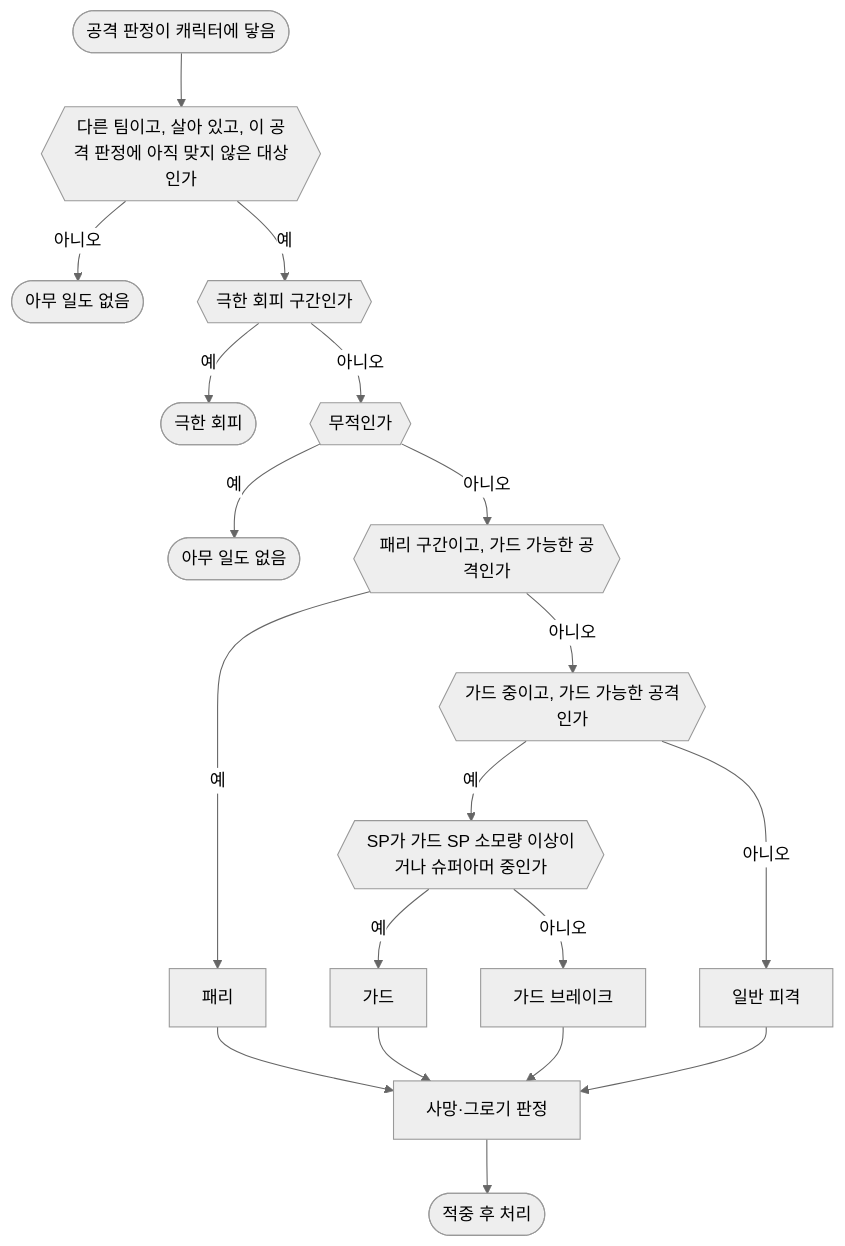
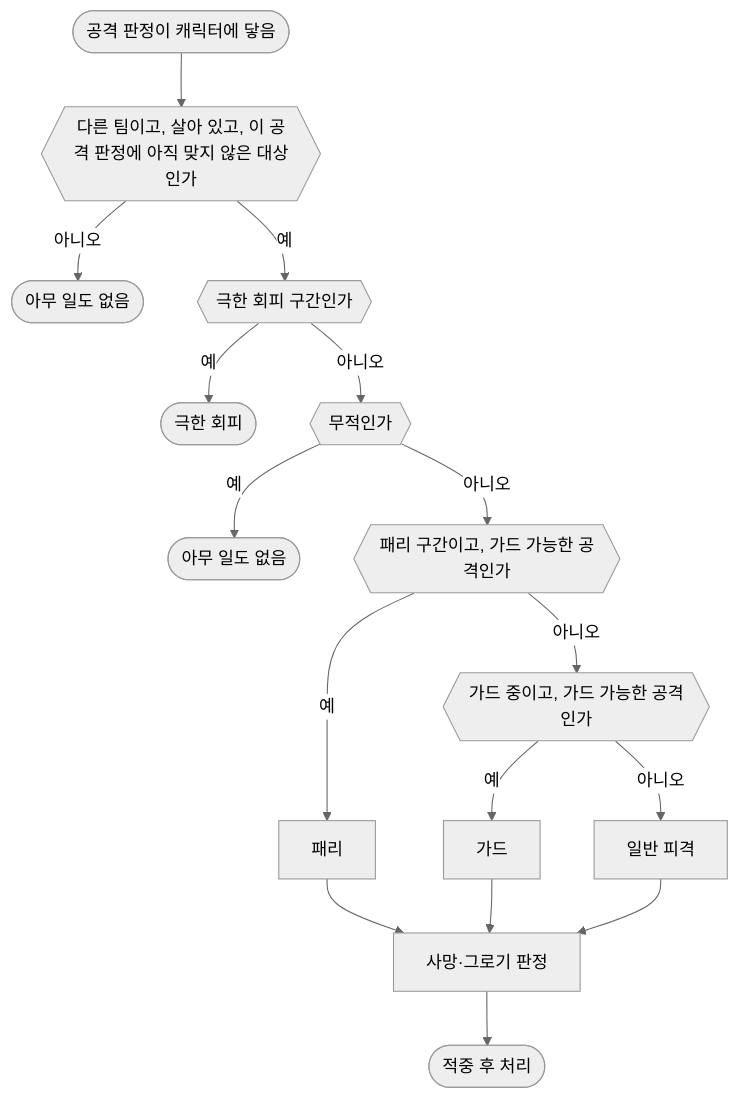
The diagram in Docs/Design/System/전투 시스템.md (Woogl/Ag), drawn with Mermaid (neutral theme) before and after one commit. The commit also changed other lines of this file and 56 other files, not shown here.

````diff
--- a/Docs/Design/System/전투 시스템.md
+++ b/Docs/Design/System/전투 시스템.md
@@ -109,21 +107,18 @@
 ```mermaid
 flowchart TD
     touch(["공격 판정이 캐릭터에 닿음"]) --> valid{{"다른 팀이고, 살아 있고, 이 공격 판정에 아직 맞지 않은 대상인가"}}
     valid -->|아니오| none1(["아무 일도 없음"])
     valid -->|예| pdw{{"극한 회피 구간인가"}}
     pdw -->|예| pdodge(["극한 회피"])
     pdw -->|아니오| inv{{"무적인가"}}
     inv -->|예| none2(["아무 일도 없음"])
     inv -->|아니오| parryCheck{{"패리 구간이고, 가드 가능한 공격인가"}}
     parryCheck -->|예| parry["패리"]
     parryCheck -->|아니오| guardCheck{{"가드 중이고, 가드 가능한 공격인가"}}
     guardCheck -->|아니오| normal["일반 피격"]
-    guardCheck -->|예| spCheck{{"SP가 가드 SP 소모량 이상이거나 슈퍼아머 중인가"}}
-    spCheck -->|예| guard["가드"]
-    spCheck -->|아니오| guardBreak["가드 브레이크"]
+    guardCheck -->|예| guard["가드"]
     parry --> judge
     guard --> judge
-    guardBreak --> judge
     normal --> judge
     judge["사망·그로기 판정"] --> fx(["적중 후 처리"])
 ```
````
